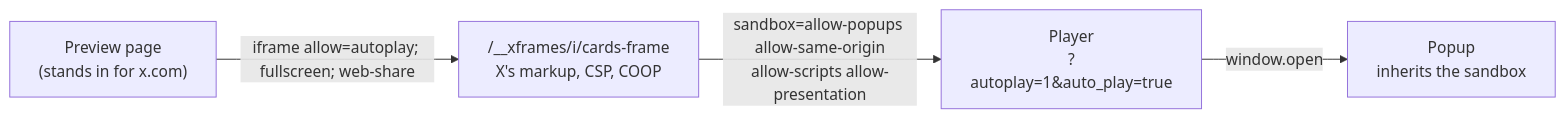
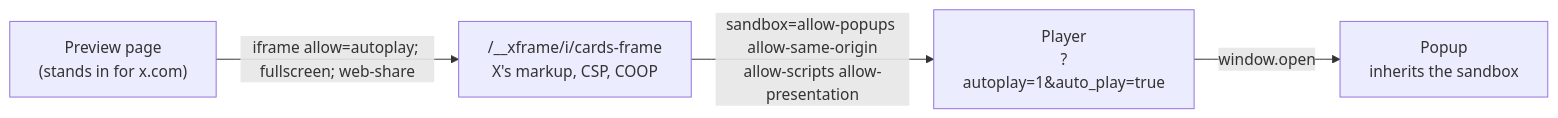
One commit to wevm/xframe-tools changed the diagram in README.md. Above: the diagram before and after it, drawn with Mermaid. The commit also changed other lines of this file and 9 other files, not shown here.

````diff
--- a/README.md
+++ b/README.md
@@ -11,6 +11,6 @@
 ```mermaid
 flowchart LR
-  Page["Preview page<br/>(stands in for x.com)"] -->|"iframe allow=autoplay; fullscreen; web-share"| Frame["/__xframes/i/cards-frame<br/>X's markup, CSP, COOP"]
+  Page["Preview page<br/>(stands in for x.com)"] -->|"iframe allow=autoplay; fullscreen; web-share"| Frame["/__xframe/i/cards-frame<br/>X's markup, CSP, COOP"]
   Frame -->|"sandbox=allow-popups allow-same-origin<br/>allow-scripts allow-presentation"| Player["Player<br/>?autoplay=1&auto_play=true"]
   Player -->|"window.open"| Popup["Popup<br/>inherits the sandbox"]
 ```
````
